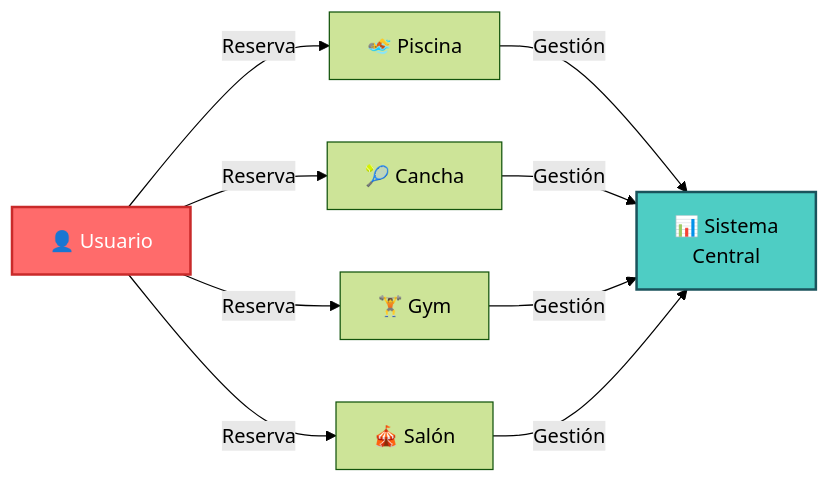
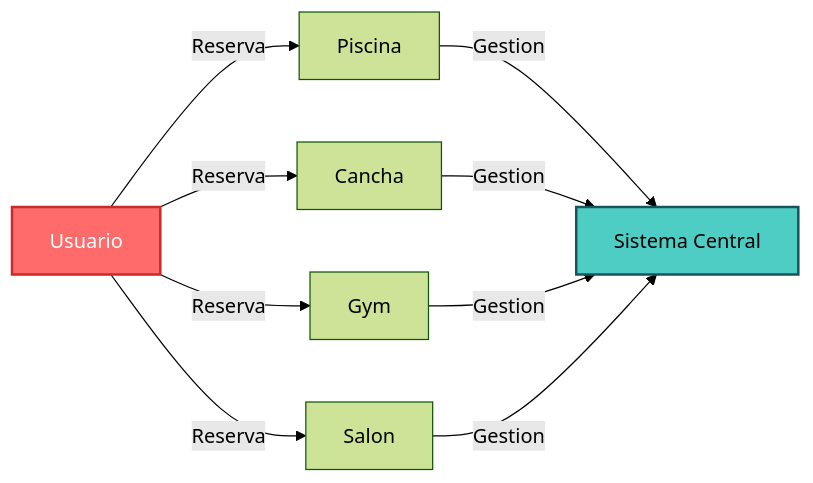
One commit to softv2ware/condomarket.api changed diagram 17 of 25 in app.spanish.md. Above: the diagram before and after it, drawn with Mermaid (forest theme). The commit also changed other lines of this file, not shown here.

````diff
--- a/app.spanish.md
+++ b/app.spanish.md
@@ -857,12 +863,12 @@
 ```mermaid
 graph LR
-    U[👤 Usuario] -->|Reserva| R1[🏊 Piscina]
-    U -->|Reserva| R2[🎾 Cancha]
-    U -->|Reserva| R3[🏋️ Gym]
-    U -->|Reserva| R4[🎪 Salón]
+    U[Usuario] -->|Reserva| R1[Piscina]
+    U -->|Reserva| R2[Cancha]
+    U -->|Reserva| R3[Gym]
+    U -->|Reserva| R4[Salon]
     
-    R1 & R2 & R3 & R4 -->|Gestión| C[📊 Sistema<br/>Central]
+    R1 & R2 & R3 & R4 -->|Gestion| C[Sistema Central]
     
     style U fill:#FF6B6B,stroke:#C92A2A,stroke-width:2px,color:#fff
     style C fill:#4ECDC4,stroke:#1A535C,stroke-width:2px
 ```
````
